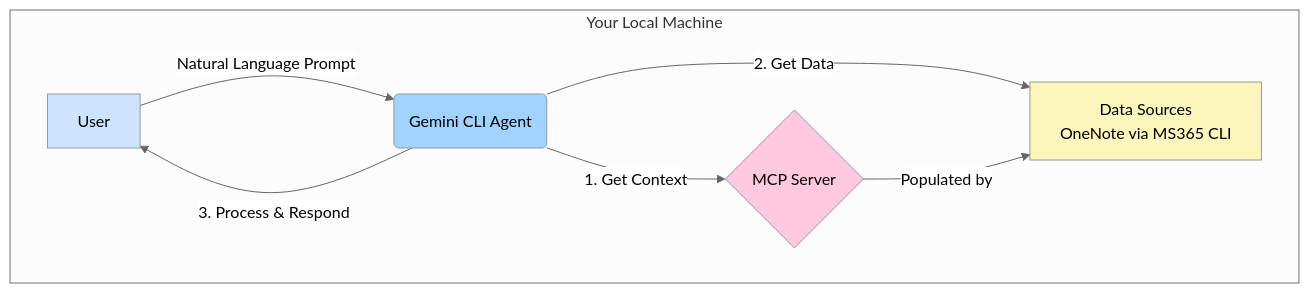
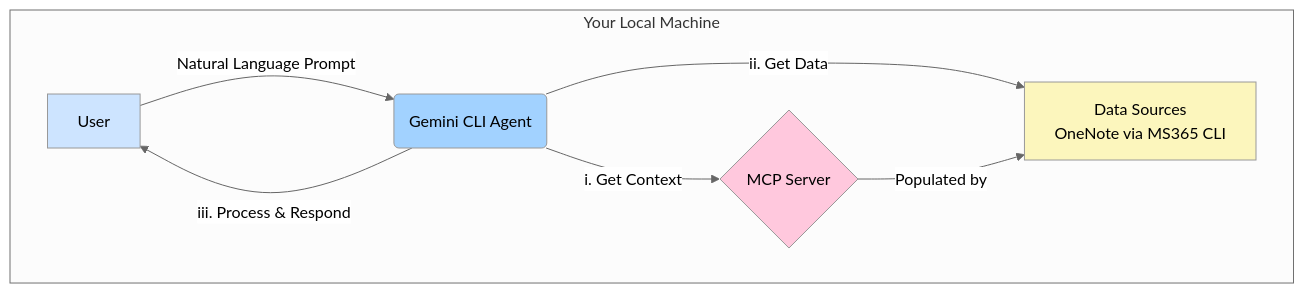
Before and after one commit to belablotski/belablotski.github.io: the first of 3 diagrams in content/engineering/ai/mcp/personal_mcp_server.md, drawn with Mermaid (neutral theme). The commit also changed other lines of this file and 1 other file, not shown here.

Commit message:
personal mcp

````diff
--- a/content/engineering/ai/mcp/personal_mcp_server.md
+++ b/content/engineering/ai/mcp/personal_mcp_server.md
@@ -51,16 +53,16 @@
 ```mermaid
 graph TD
     subgraph Your Local Machine
         A[User] -- Natural Language Prompt --> B(Gemini CLI Agent);
-        B -- 1. Get Context --> C{MCP Server};
-        B -- 2. Get Data --> D[Data Sources<br/>OneNote via MS365 CLI];
+        B -- i. Get Context --> C{MCP Server};
+        B -- ii. Get Data --> D[Data Sources<br/>OneNote via MS365 CLI];
         C -- Populated by --> D;
     end
 
-    B -- 3. Process & Respond --> A;
+    B -- iii. Process & Respond --> A;
 
     style A fill:#cde4ff
     style B fill:#a2d2ff
     style C fill:#ffc8dd
     style D fill:#fcf6bd
 ```
````
